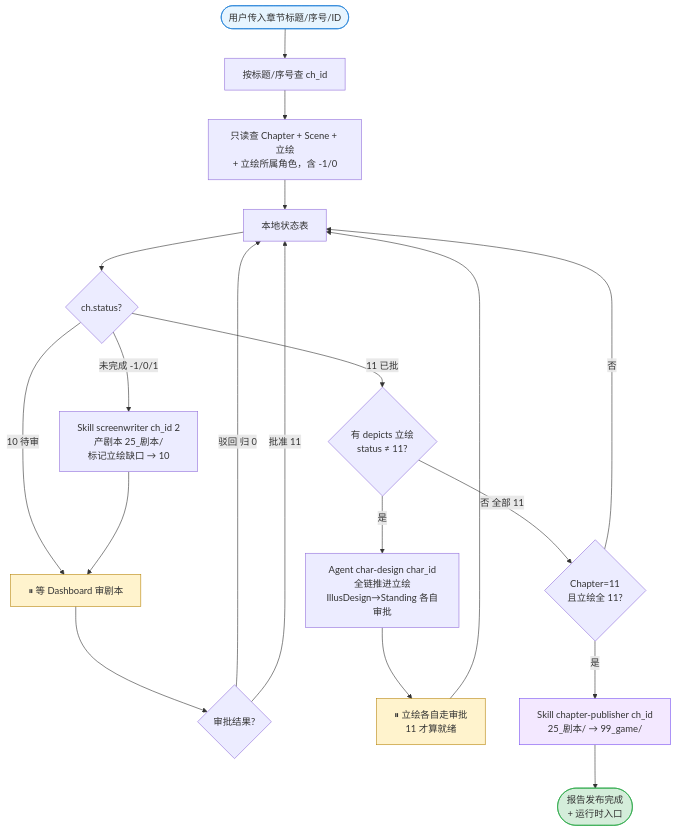
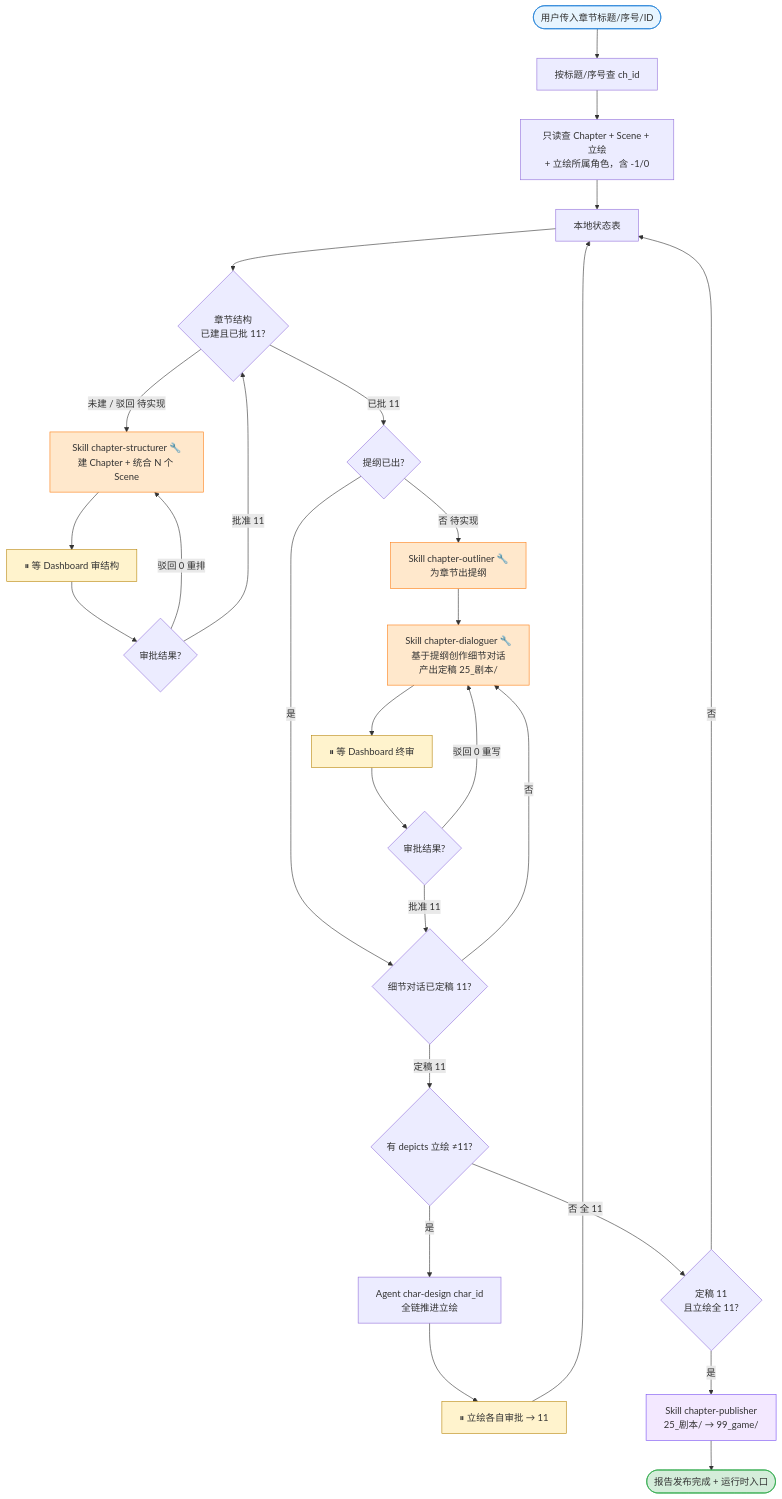
One commit to CrazyJinn/OtheredGlass changed the sixth of 6 diagrams in 编排流程图.md. Above: the diagram before and after it, drawn with Mermaid. The commit also changed other lines of this file, not shown here.

````diff
--- a/编排流程图.md
+++ b/编排流程图.md
@@ -316,33 +352,43 @@
 ```mermaid
 flowchart TD
     Start([用户传入章节标题/序号/ID]) --> Parse[按标题/序号查 ch_id]
     Parse --> Query[只读查 Chapter + Scene + 立绘<br/>+ 立绘所属角色，含 -1/0]
     Query --> Table[本地状态表]
-    Table --> ChkScript{ch.status?}
 
-    ChkScript -->|未完成 -1/0/1| SW[Skill screenwriter ch_id 2<br/>产剧本 25_剧本/<br/>标记立绘缺口 → 10]
-    ChkScript -->|10 待审| WaitScript
-    ChkScript -->|11 已批| ChkStand
+    Table --> ChkStruct{章节结构<br/>已建且已批 11?}
+    ChkStruct -->|未建 / 驳回 待实现| ST[Skill chapter-structurer 🔧<br/>建 Chapter + 统合 N 个 Scene]
+    ST --> WaitStruct[⏸ 等 Dashboard 审结构]
+    WaitStruct --> StructRes{审批结果?}
+    StructRes -->|驳回 0 重排| ST
+    StructRes -->|批准 11| ChkStruct
 
-    SW --> WaitScript[⏸ 等 Dashboard 审剧本]
-    WaitScript --> ScriptResult{审批结果?}
-    ScriptResult -->|驳回 归 0| Table
-    ScriptResult -->|批准 11| Table
+    ChkStruct -->|已批 11| ChkOutline{提纲已出?}
+    ChkOutline -->|否 待实现| OL[Skill chapter-outliner 🔧<br/>为章节出提纲]
+    OL --> DG[Skill chapter-dialoguer 🔧<br/>基于提纲创作细节对话<br/>产出定稿 25_剧本/]
+    ChkOutline -->|是| ChkDialogue{细节对话已定稿 11?}
+    ChkDialogue -->|否| DG
+    DG --> WaitFinal[⏸ 等 Dashboard 终审]
+    WaitFinal --> FinalRes{审批结果?}
+    FinalRes -->|驳回 0 重写| DG
+    FinalRes -->|批准 11| ChkDialogue
 
-    ChkStand{有 depicts 立绘<br/>status ≠ 11?}
-    ChkStand -->|是| CD[Agent char-design char_id<br/>全链推进立绘<br/>IllusDesign→Standing 各自审批]
-    CD --> WaitStand[⏸ 立绘各自走审批<br/>11 才算就绪]
+    ChkDialogue -->|定稿 11| ChkStand{有 depicts 立绘 ≠11?}
+    ChkStand -->|是| CD[Agent char-design char_id<br/>全链推进立绘]
+    CD --> WaitStand[⏸ 立绘各自审批 → 11]
     WaitStand --> Table
 
-    ChkStand -->|否 全部 11| ChkReady{Chapter=11<br/>且立绘全 11?}
-    ChkReady -->|是| Pub[Skill chapter-publisher ch_id<br/>25_剧本/ → 99_game/]
+    ChkStand -->|否 全 11| ChkReady{定稿 11<br/>且立绘全 11?}
+    ChkReady -->|是| Pub[Skill chapter-publisher<br/>25_剧本/ → 99_game/]
     ChkReady -->|否| Table
+    Pub --> Done([报告发布完成 + 运行时入口])
 
-    Pub --> Done([报告发布完成<br/>+ 运行时入口])
-
-    style WaitScript fill:#fff3cd,stroke:#b8860b
+    style ST fill:#ffe8cc,stroke:#fd7e14
+    style OL fill:#ffe8cc,stroke:#fd7e14
+    style DG fill:#ffe8cc,stroke:#fd7e14
+    style WaitStruct fill:#fff3cd,stroke:#b8860b
+    style WaitFinal fill:#fff3cd,stroke:#b8860b
     style WaitStand fill:#fff3cd,stroke:#b8860b
+    style Pub fill:#f3e8ff,stroke:#7950f2
     style Done fill:#d4edda,stroke:#28a745
     style Start fill:#e7f5ff,stroke:#1c7ed6
-    style Pub fill:#f3e8ff,stroke:#7950f2
 ```
````
